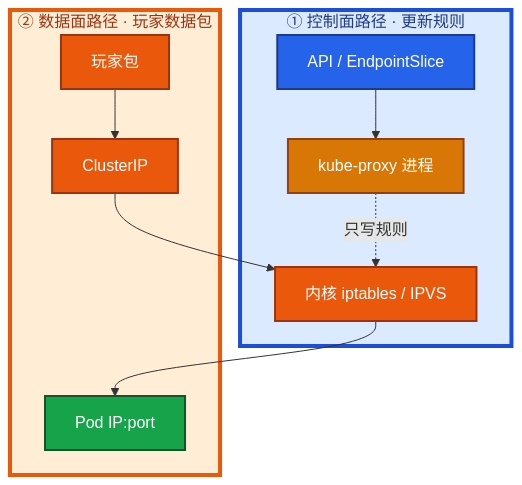
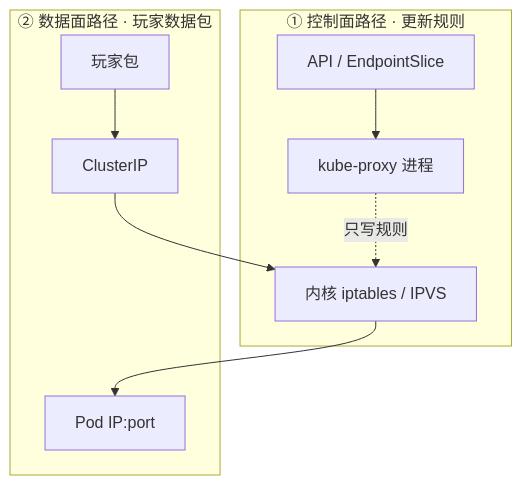
The fourth of 7 diagrams in 04-Kubernetes/01-集群架构/知识点.md (ml-cuizijun/LearnToLilith), drawn with Mermaid before and after one commit. The commit also changed other lines of this file and 107 other files, not shown here.

````diff
--- a/04-Kubernetes/01-集群架构/知识点.md
+++ b/04-Kubernetes/01-集群架构/知识点.md
@@ -336,25 +388,14 @@
 ```mermaid
 flowchart TB
     subgraph control ["① 控制面路径 · 更新规则"]
         api[API / EndpointSlice] --> kp[kube-proxy 进程]
         kp -.->|只写规则| fw
     end
 
     subgraph data ["② 数据面路径 · 玩家数据包"]
         player[玩家包] --> cip[ClusterIP]
         cip --> fw[内核 iptables / IPVS]
         fw --> pod[Pod IP:port]
     end
 
-    classDef net fill:#EA580C,stroke:#9A3412,stroke-width:2px,color:#fff
-    classDef kp fill:#D97706,stroke:#92400E,stroke-width:2px,color:#fff
-    classDef pod fill:#16A34A,stroke:#14532D,stroke-width:2px,color:#fff
-    classDef api fill:#2563EB,stroke:#1E3A8A,stroke-width:2px,color:#fff
-    class api api
-    class kp kp
-    class player,cip,fw net
-    class pod pod
-
-    style control fill:#DBEAFE,stroke:#1D4ED8,stroke-width:4px,color:#1E3A8A
-    style data fill:#FFEDD5,stroke:#EA580C,stroke-width:4px,color:#9A3412
 ```
````
